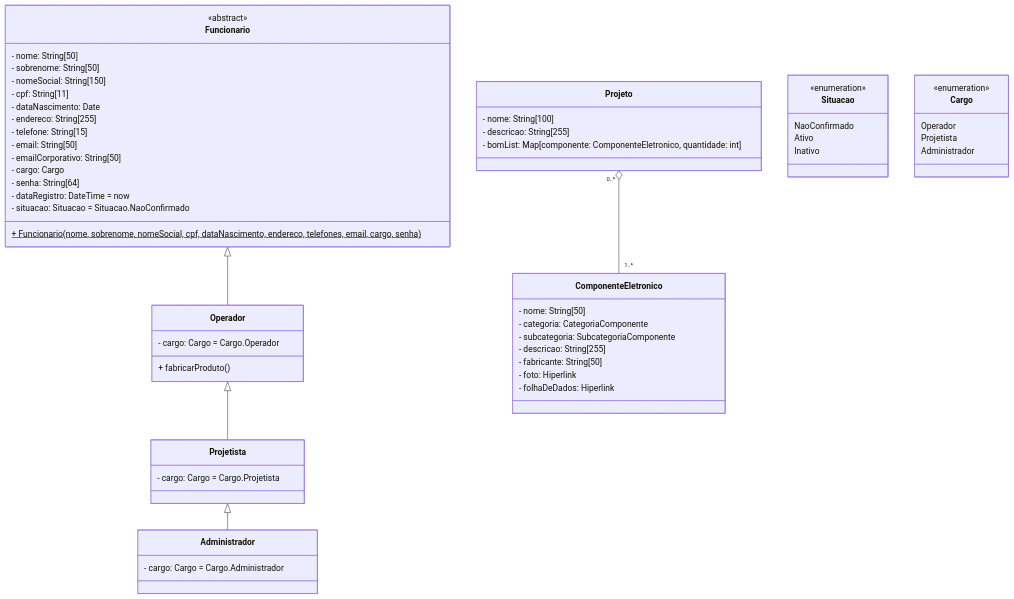
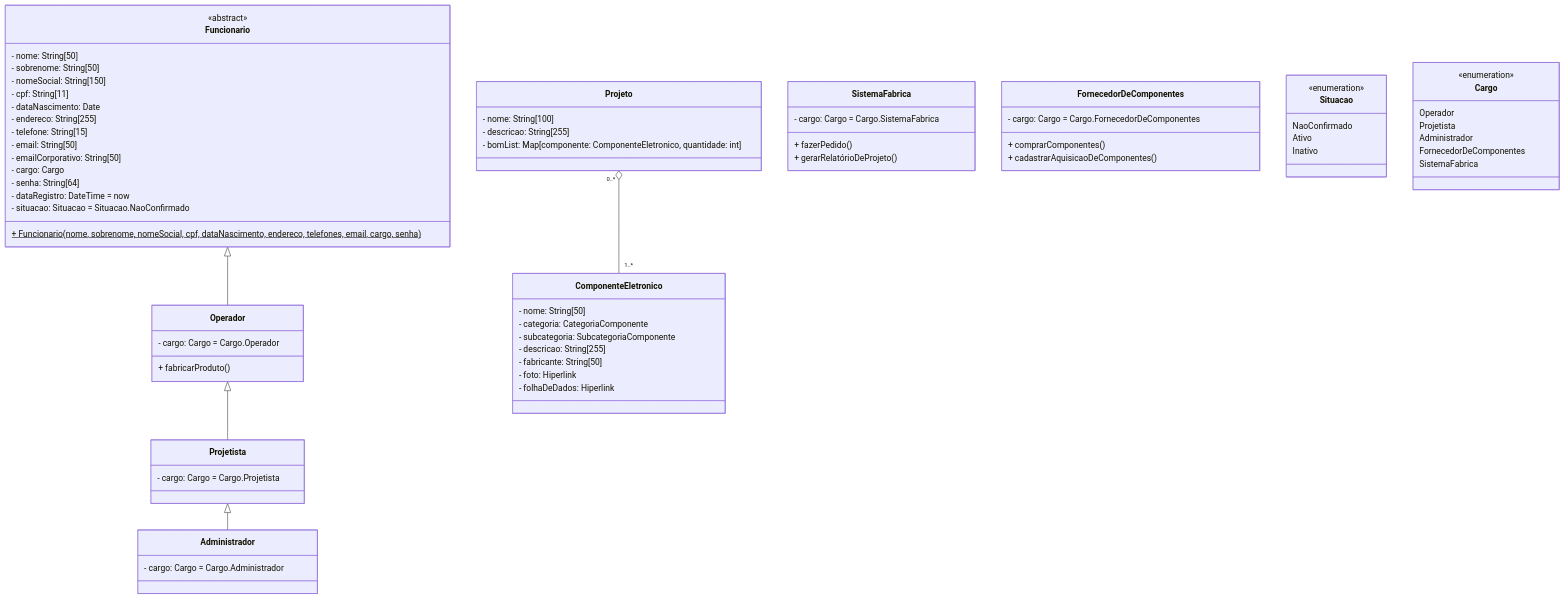
Before and after one commit to PabloBF/minha-fabrica: the diagram in diagrama-de-classes/README.md, drawn with Mermaid.

Commit message:
Inclusão de classes e no enum de cargos
+ enums: SISTEMA FÁBRICA e FORNECEDOR DE COMPONENTES;
+ classes: idem.

```diff
--- a/diagrama-de-classes/README.md
+++ b/diagrama-de-classes/README.md
@@ -33,6 +33,18 @@
     - cargo: Cargo = Cargo.Projetista
     }
     
+    class SistemaFabrica {
+    - cargo: Cargo = Cargo.SistemaFabrica
+    + fazerPedido()
+    + gerarRelatórioDeProjeto()
+    }
+    
+    class FornecedorDeComponentes {
+    - cargo: Cargo = Cargo.FornecedorDeComponentes
+    + comprarComponentes()
+    + cadastrarAquisicaoDeComponentes()
+    }
+    
     class Administrador {
     - cargo: Cargo = Cargo.Administrador
     }
@@ -49,6 +61,8 @@
       Operador
       Projetista
       Administrador
+      FornecedorDeComponentes
+      SistemaFabrica
     }
     
     class ComponenteEletronico {
```
